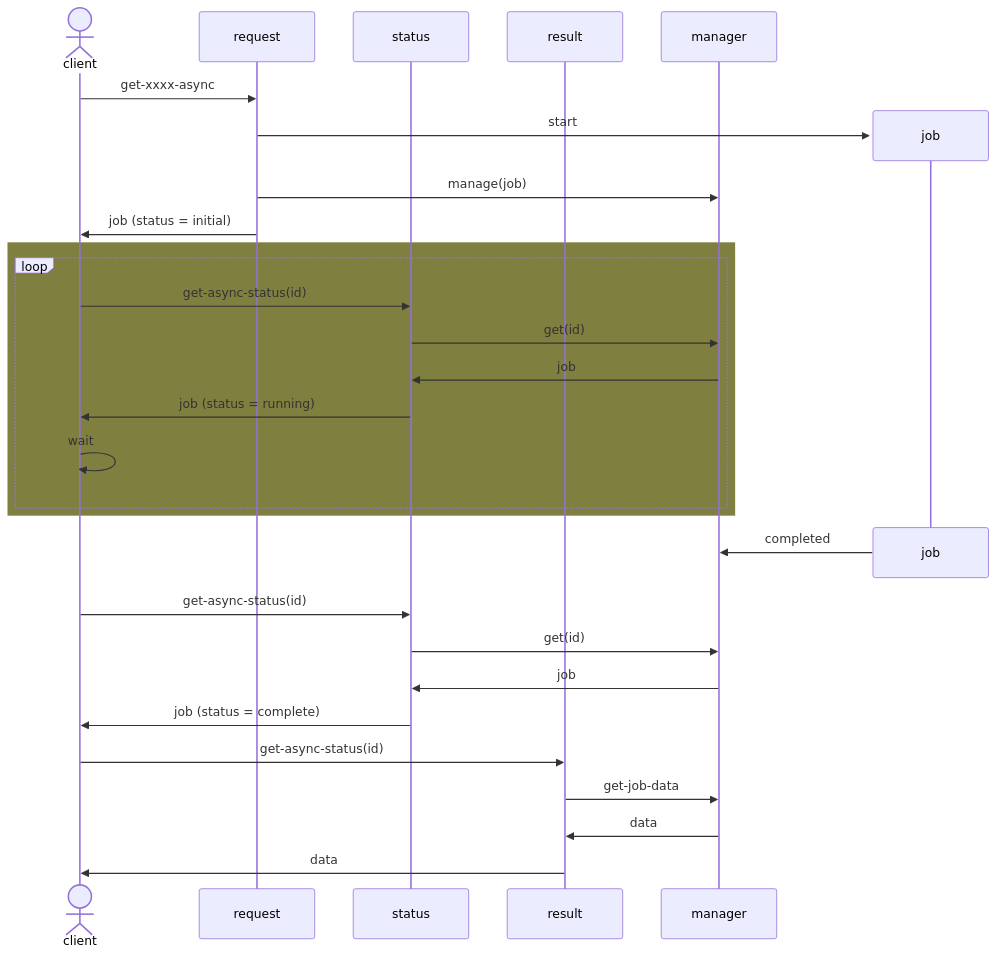
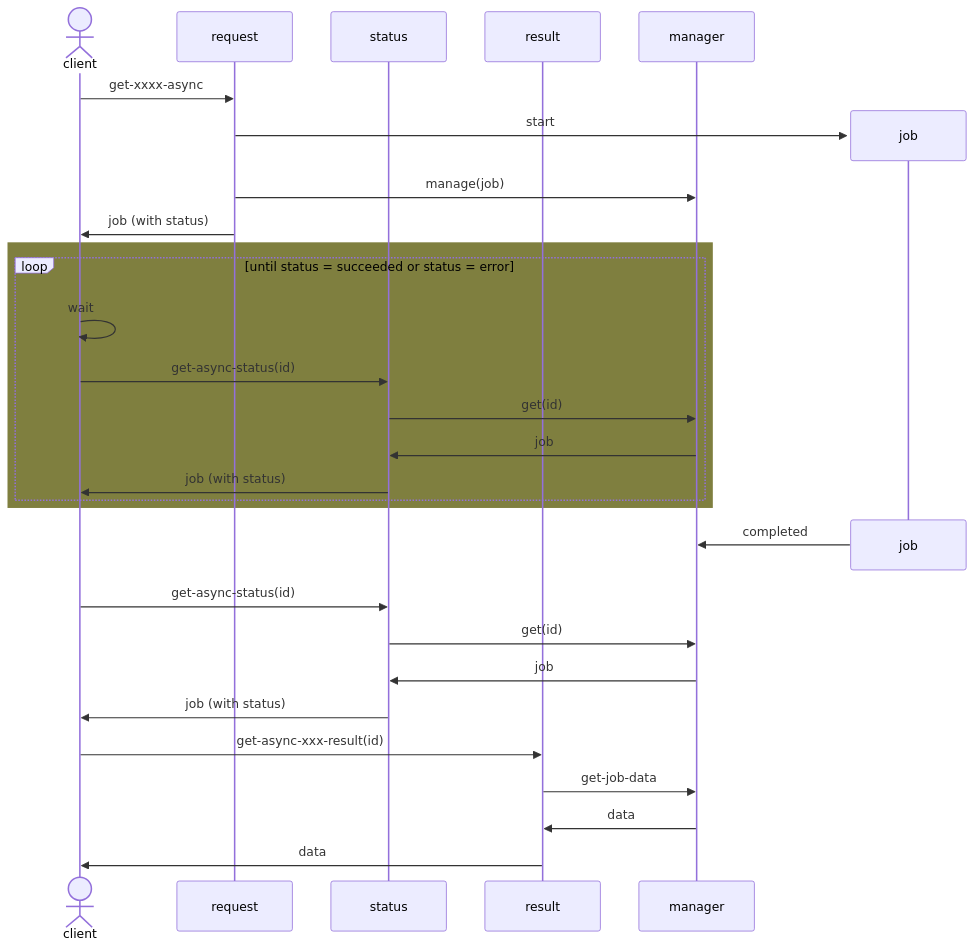
One commit to spatialeye/NetCon changed the diagram in content/8 API/NetCon Async API Calls.md. Above: the diagram before and after it, drawn with Mermaid. The commit also changed other lines of this file and 32 other files, not shown here.

````diff
--- a/content/8 API/NetCon Async API Calls.md
+++ b/content/8 API/NetCon Async API Calls.md
@@ -22,34 +22,34 @@
 ```mermaid
 
 sequenceDiagram
     actor client
     participant request
     participant status
     participant result
     participant manager
     client ->> request: get-xxxx-async
     create participant job
     request ->> job: start
     request ->> manager: manage(job)
-    request ->> client: job (status = initial)
+    request ->> client: job (with status)
     rect rgb(127, 127, 63)
-    loop
+    loop until status = succeeded or status = error
+        client ->> client: wait
         client ->> status: get-async-status(id)
         status ->> manager: get(id)
         manager ->> status: job
-        status ->> client: job (status = running)
-        client ->> client: wait
+        status ->> client: job (with status)
     end
     end
 
     destroy job
     job->> manager: completed
     client ->> status: get-async-status(id)
     status ->> manager: get(id)
     manager ->> status: job
-    status ->> client: job (status = complete)
-    client ->> result: get-async-status(id)
+    status ->> client: job (with status)
+    client ->> result: get-async-xxx-result(id)
     result ->> manager: get-job-data
     manager ->> result: data
     result ->> client: data
 ```
````
